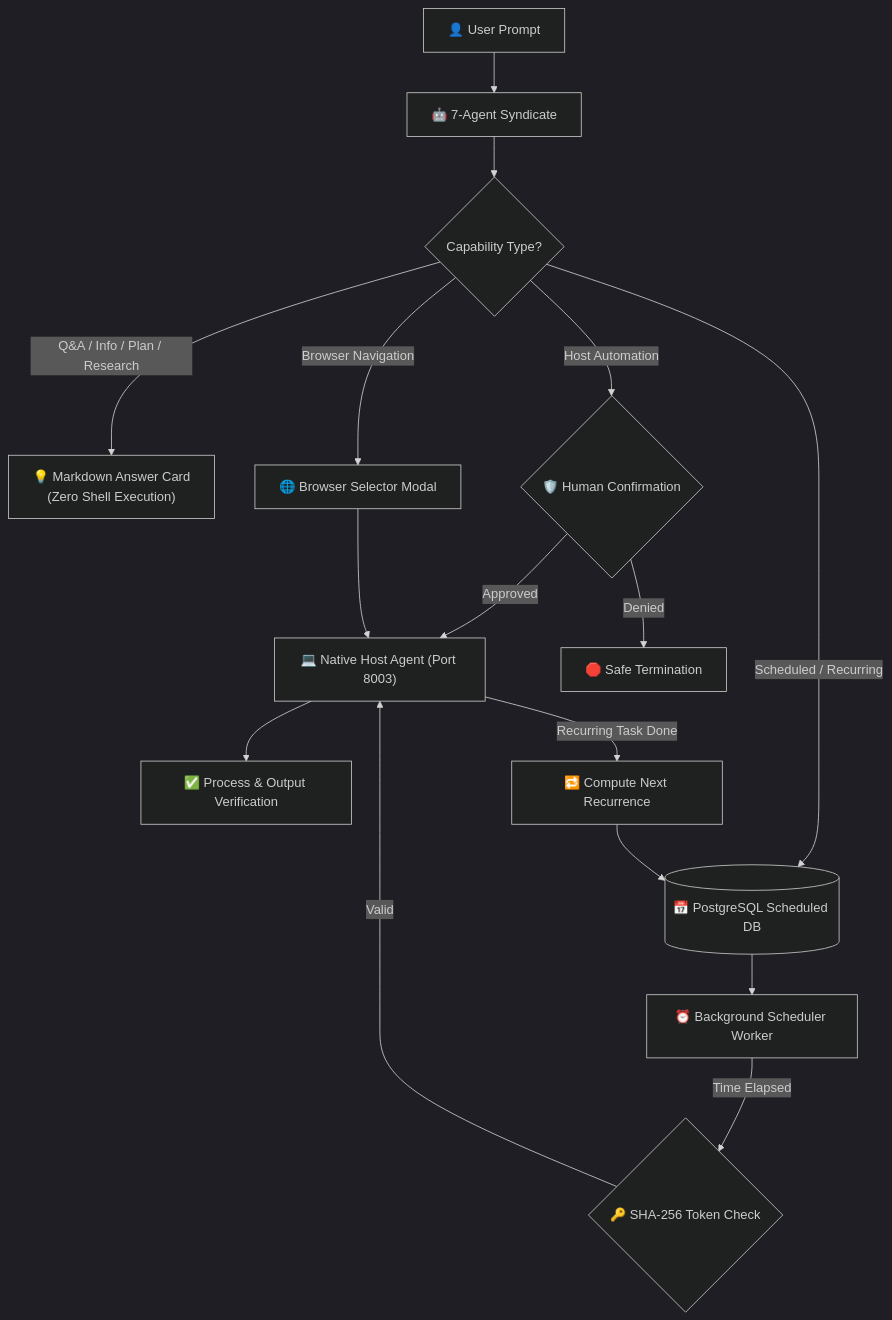
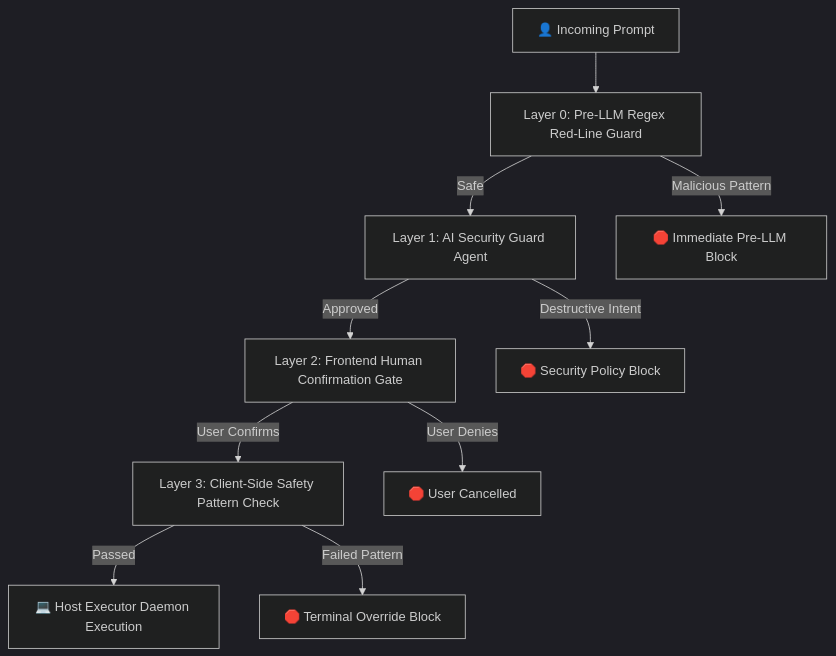
One commit to vishwajitvm/OmniShell changed the second of 2 diagrams in docs/ARCHITECTURE.md. Above: the diagram before and after it, drawn with Mermaid (dark theme). The commit also changed other lines of this file and 19 other files, not shown here.

First line of the commit message:
feat: Enhance documentation and security for OmniShell

````diff
--- a/docs/ARCHITECTURE.md
+++ b/docs/ARCHITECTURE.md
@@ -48,22 +84,15 @@
 ```mermaid
 graph TD
-    UserPrompt["👤 User Prompt"] --> Syndicate["🤖 7-Agent Syndicate"]
-    Syndicate --> CapabilityRouter{"Capability Type?"}
-    
-    CapabilityRouter -->|"Q&A / Info / Plan / Research"| DirectAnswer["💡 Markdown Answer Card\n(Zero Shell Execution)"]
-    CapabilityRouter -->|"Browser Navigation"| BrowserPicker["🌐 Browser Selector Modal"]
-    CapabilityRouter -->|"Host Automation"| ApprovalModal{"🛡️ Human Confirmation"}
-    CapabilityRouter -->|"Scheduled / Recurring"| PostgresPipeline[("📅 PostgreSQL Scheduled DB")]
-    
-    ApprovalModal -->|"Approved"| HostAgent["💻 Native Host Agent (Port 8003)"]
-    ApprovalModal -->|"Denied"| Terminate["🛑 Safe Termination"]
-    
-    BrowserPicker --> HostAgent
-    HostAgent --> ProcessValidation["✅ Process & Output Verification"]
-    
-    PostgresPipeline --> CronWorker["⏰ Background Scheduler Worker"]
-    CronWorker -->|"Time Elapsed"| TokenValidation{"🔑 SHA-256 Token Check"}
-    TokenValidation -->|"Valid"| HostAgent
-    HostAgent -->|"Recurring Task Done"| Rescheduler["🔁 Compute Next Recurrence"]
-    Rescheduler --> PostgresPipeline
+    Prompt["👤 Incoming Prompt"] --> L0["Layer 0: Pre-LLM Regex Red-Line Guard"]
+    L0 -->|"Safe"| L1["Layer 1: AI Security Guard Agent"]
+    L0 -->|"Malicious Pattern"| Block0["🛑 Immediate Pre-LLM Block"]
+
+    L1 -->|"Approved"| L2["Layer 2: Frontend Human Confirmation Gate"]
+    L1 -->|"Destructive Intent"| Block1["🛑 Security Policy Block"]
+
+    L2 -->|"User Confirms"| L3["Layer 3: Client-Side Safety Pattern Check"]
+    L2 -->|"User Denies"| Cancel["🛑 User Cancelled"]
+
+    L3 -->|"Passed"| Host["💻 Host Executor Daemon Execution"]
+    L3 -->|"Failed Pattern"| Block3["🛑 Terminal Override Block"]
 ```
````
